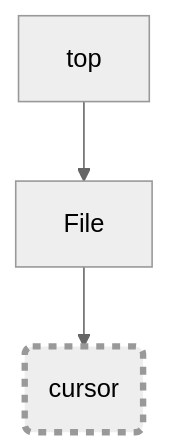
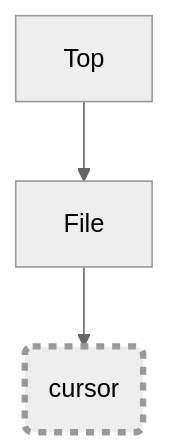
Before and after one commit to microsoft/Trieste: the second of 27 diagrams in samples/infix/README.md, drawn with Mermaid (neutral theme). The commit also changed other lines of this file and 1 other file, not shown here.

````diff
--- a/samples/infix/README.md
+++ b/samples/infix/README.md
@@ -218,6 +254,6 @@
 ``` mermaid
 graph TD;
-  A[top]-->B[File]
+  A[Top]-->B[File]
   B-->C(cursor):::cursor
   classDef cursor stroke-width:4px,stroke-dasharray:5 5;
 ```
````
